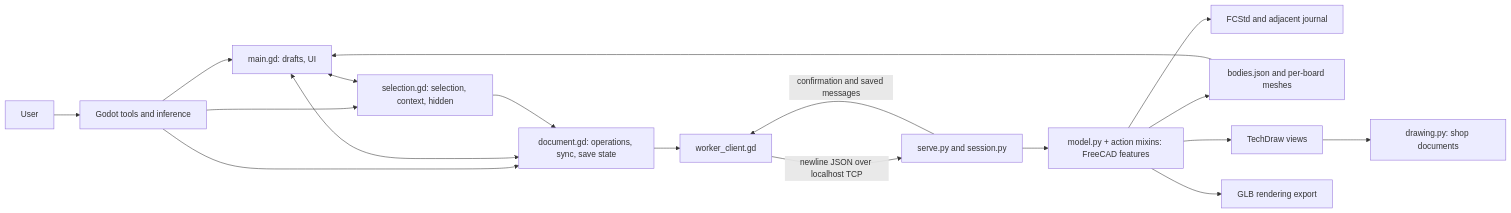
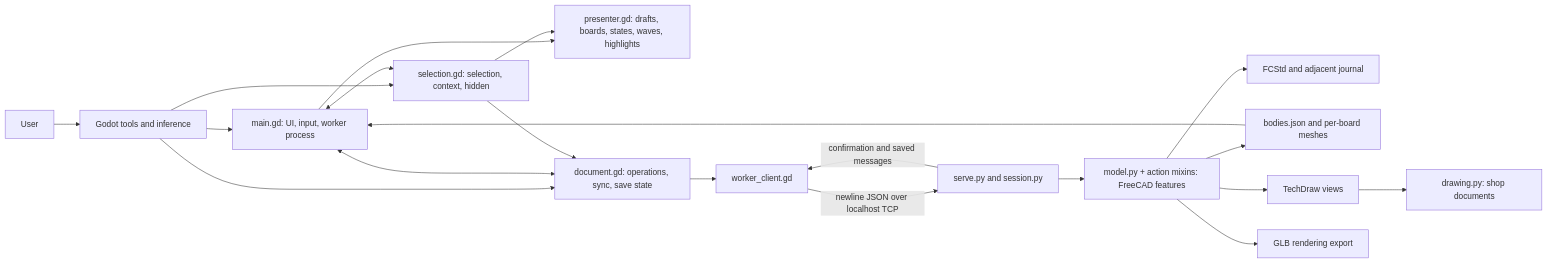
The diagram in ARCHITECTURE.md (wweatherall/Napkin), drawn with Mermaid before and after one commit. The commit also changed other lines of this file and 5 other files, not shown here.

First line of the commit message:
T41 step 2: geometry presentation out of main.gd (presenter.gd, A33b)

````diff
--- a/ARCHITECTURE.md
+++ b/ARCHITECTURE.md
@@ -19,20 +19,22 @@
 ```mermaid
 flowchart LR
     U[User] --> T[Godot tools and inference]
-    T --> M[main.gd: drafts, UI]
+    T --> M[main.gd: UI, input, worker process]
+    M --> PR[presenter.gd: drafts, boards, states, waves, highlights]
+    SC --> PR
     T --> DC[document.gd: operations, sync, save state]
     M <--> DC
     T --> SC[selection.gd: selection, context, hidden]
     M <--> SC
     SC --> DC
     DC --> C[worker_client.gd]
     C -->|newline JSON over localhost TCP| W[serve.py and session.py]
     W --> G[model.py + action mixins: FreeCAD features]
     G --> F[FCStd and adjacent journal]
     G --> E[bodies.json and per-board meshes]
     E --> M
     W -->|confirmation and saved messages| C
     G --> V[TechDraw views]
     V --> D[drawing.py: shop documents]
     G --> B[GLB rendering export]
 ```
````
